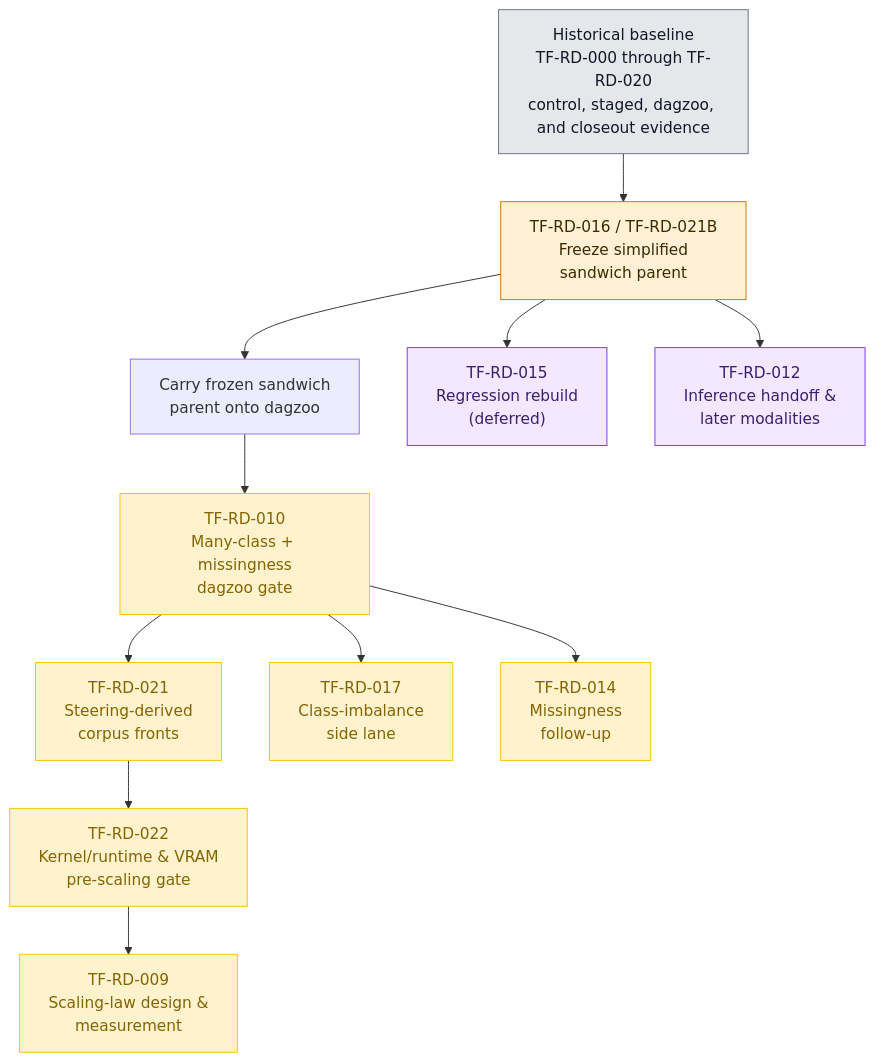
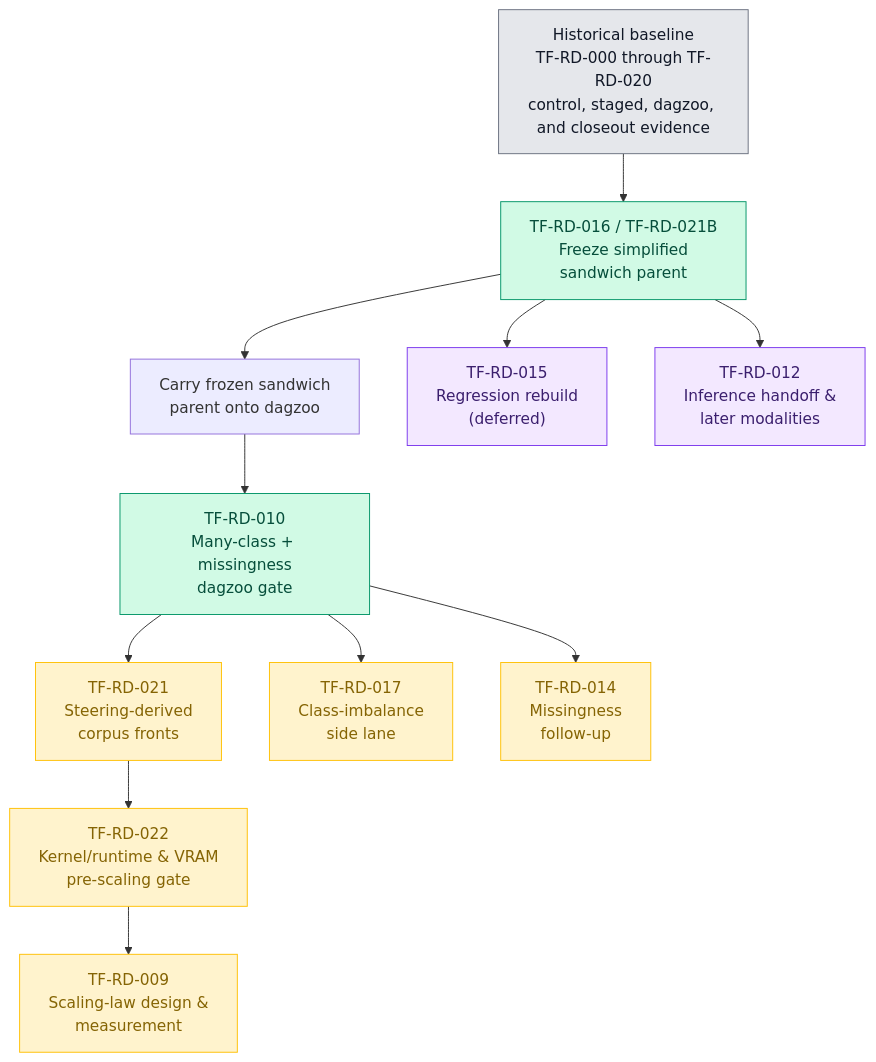
One commit to bensonlee5/tab-foundry changed the diagram in docs/development/roadmap.md. Above: the diagram before and after it, drawn with Mermaid. The commit also changed other lines of this file and 29 other files, not shown here.

````diff
--- a/docs/development/roadmap.md
+++ b/docs/development/roadmap.md
@@ -146,35 +145,36 @@
 ```mermaid
 flowchart TD
     HIST["Historical baseline<br/>TF-RD-000 through TF-RD-020<br/>control, staged, dagzoo, and closeout evidence"]
     RD016["TF-RD-016 / TF-RD-021B<br/>Freeze simplified<br/>sandwich parent"]
     DAG["Carry frozen sandwich<br/>parent onto dagzoo"]
     RD010["TF-RD-010<br/>Many-class + missingness<br/>dagzoo gate"]
     RD021["TF-RD-021<br/>Steering-derived<br/>corpus fronts"]
     RD017["TF-RD-017<br/>Class-imbalance<br/>side lane"]
     RD022["TF-RD-022<br/>Kernel/runtime & VRAM<br/>pre-scaling gate"]
     RD014["TF-RD-014<br/>Missingness<br/>follow-up"]
     RD015["TF-RD-015<br/>Regression rebuild<br/>(deferred)"]
     RD012["TF-RD-012<br/>Inference handoff &<br/>later modalities"]
     RD009["TF-RD-009<br/>Scaling-law design &<br/>measurement"]
 
     HIST --> RD016
     RD016 --> DAG
     DAG --> RD010
     RD010 --> RD021
     RD010 --> RD014
     RD010 --> RD017
     RD021 --> RD022
     RD022 --> RD009
     RD016 --> RD015
     RD016 --> RD012
 
     classDef hist fill:#e5e7eb,stroke:#6b7280,color:#111827;
+    classDef done fill:#d1fae5,stroke:#059669,color:#064e3b;
     classDef readyNow fill:#fff3cd,stroke:#ffc107,color:#856404;
     classDef gate fill:#fff1d6,stroke:#c67a00,color:#3d2a00;
     classDef later fill:#f3e8ff,stroke:#7c3aed,color:#3b1f6e;
 
     class HIST hist;
-    class RD009,RD021,RD022,RD014,RD017,RD010 readyNow;
-    class RD016 gate;
+    class RD010,RD016 done;
+    class RD009,RD021,RD022,RD014,RD017 readyNow;
     class RD012,RD015 later;
 ```
````
